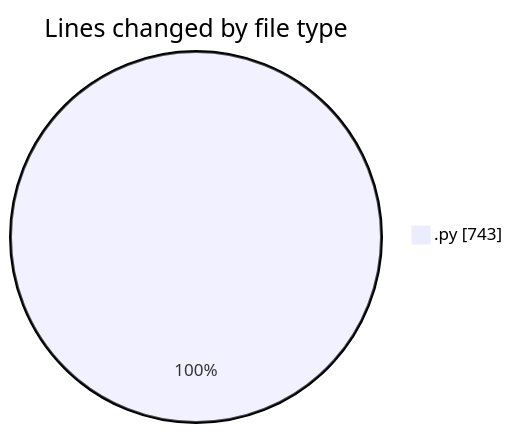
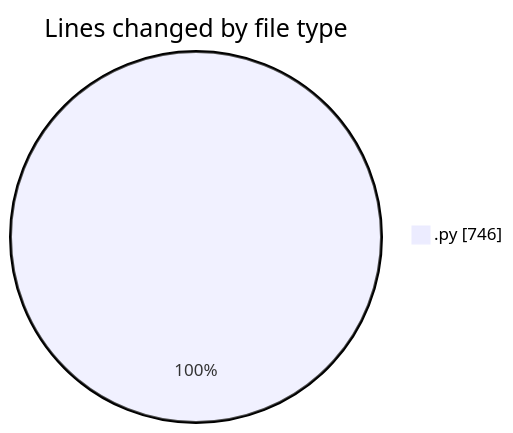
One commit to momahboobian/code-tracking changed the first of 2 diagrams in 2025-03-25/samplepdf/README.md. Above: the diagram before and after it, drawn with Mermaid. The commit also changed other lines of this file and 1 other file, not shown here.

````diff
--- a/2025-03-25/samplepdf/README.md
+++ b/2025-03-25/samplepdf/README.md
@@ -24,5 +24,5 @@
 ```mermaid
 pie showData
 title Lines changed by file type
-".py" : 743
+".py" : 746
 ```
````
